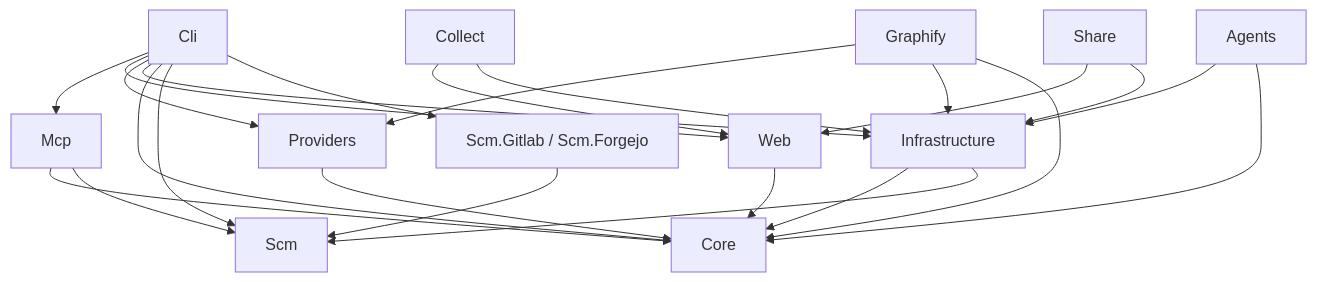
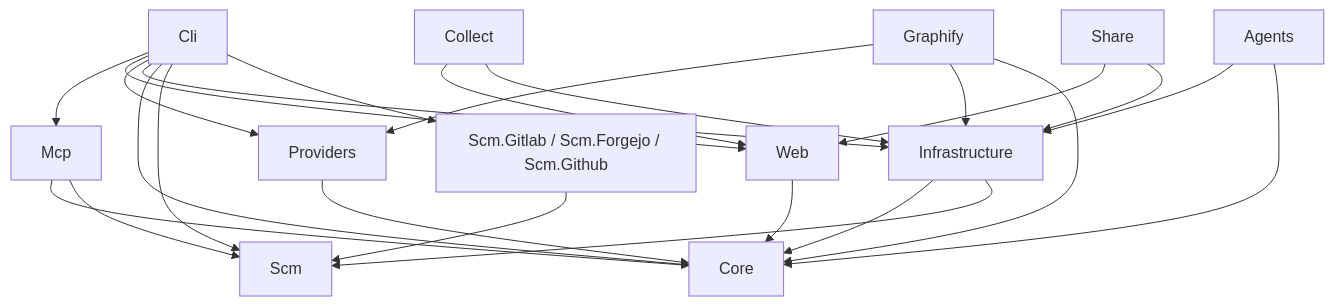
The diagram in doc/architecture/README.md (dmako/ai-harness), drawn with Mermaid before and after one commit. The commit also changed other lines of this file and 47 other files, not shown here.

````diff
--- a/doc/architecture/README.md
+++ b/doc/architecture/README.md
@@ -26,26 +26,26 @@
 ```mermaid
 flowchart TD
     Cli --> Mcp
     Cli --> Web
     Cli --> Providers
     Cli --> Infrastructure
     Cli --> Core
     Mcp --> Core
     Web --> Core
     Providers --> Core
     Infrastructure --> Core
     Graphify --> Providers
     Graphify --> Infrastructure
     Graphify --> Core
     Agents --> Infrastructure
     Agents --> Core
     Collect --> Web
     Collect --> Infrastructure
     Share --> Web
     Share --> Infrastructure
     Cli --> Scm
-    Cli --> ScmProviders[Scm.Gitlab / Scm.Forgejo]
+    Cli --> ScmProviders[Scm.Gitlab / Scm.Forgejo / Scm.Github]
     Mcp --> Scm
     ScmProviders --> Scm
     Infrastructure --> Scm
 ```
````
